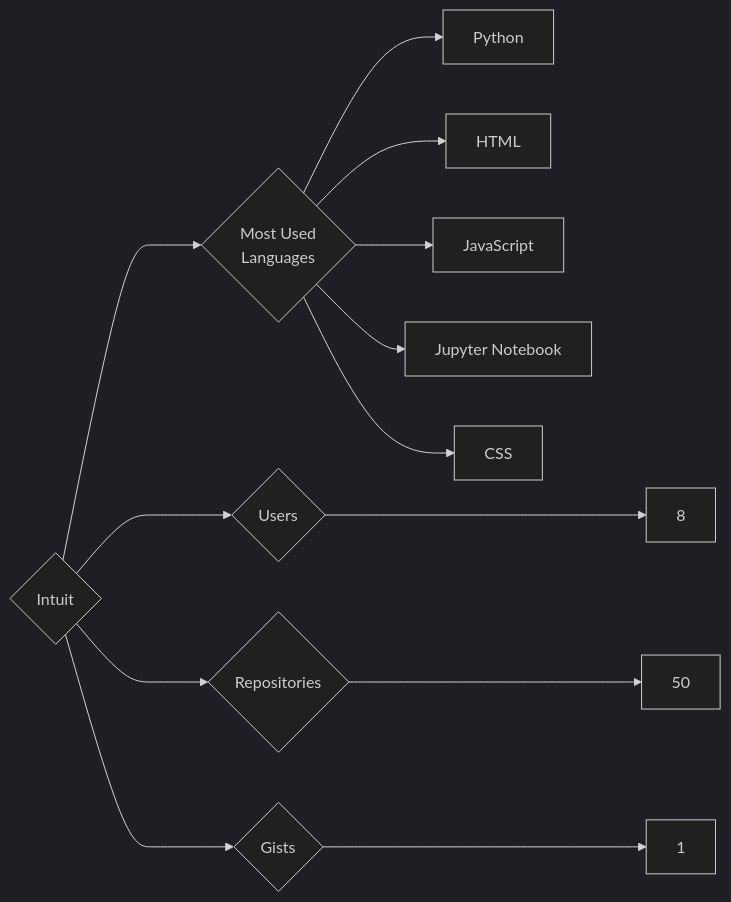
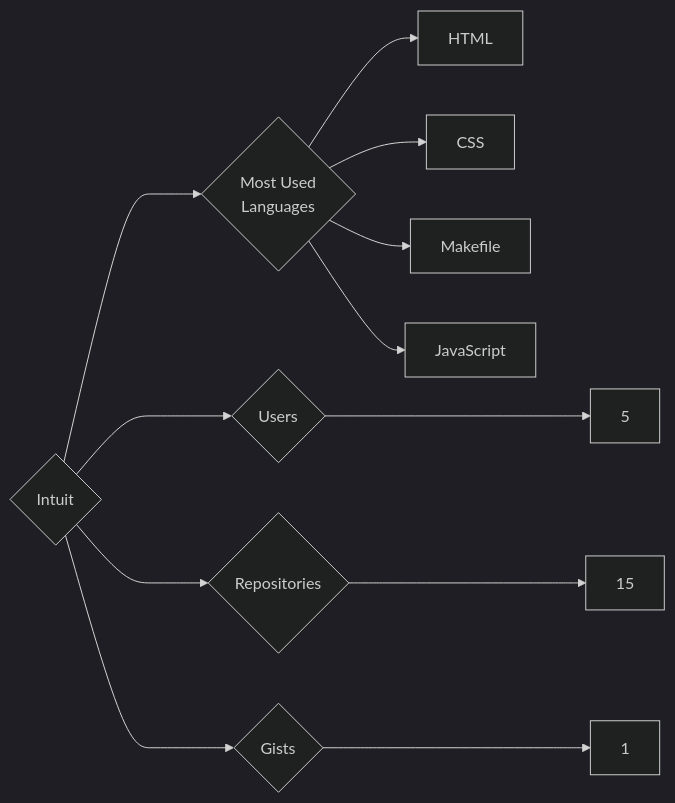
Before and after one commit to trickest/insiders: the diagram in targets/Intuit/README.md, drawn with Mermaid (dark theme). The commit also changed 1023 other files, not shown here.

````diff
--- a/targets/Intuit/README.md
+++ b/targets/Intuit/README.md
@@ -3,13 +3,12 @@
 ```mermaid
 graph LR
 COMPANY_NAME{Intuit}
-COMPANY_NAME ---> U{Users} ---> UN[8]
-COMPANY_NAME ---> R{Repositories} ---> RN[50]
+COMPANY_NAME ---> U{Users} ---> UN[5]
+COMPANY_NAME ---> R{Repositories} ---> RN[15]
 COMPANY_NAME ---> G{Gists} ---> GN[1]
 COMPANY_NAME ---> ML{Most Used<br>Languages}
-ML --> Python[Python]
 ML --> HTML[HTML]
+ML --> CSS[CSS]
+ML --> Makefile[Makefile]
 ML --> JavaScript[JavaScript]
-ML --> Jupyter_Notebook[Jupyter Notebook]
-ML --> CSS[CSS]
 ```
````
